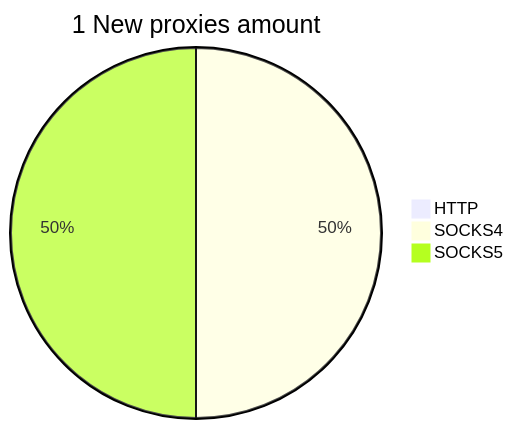
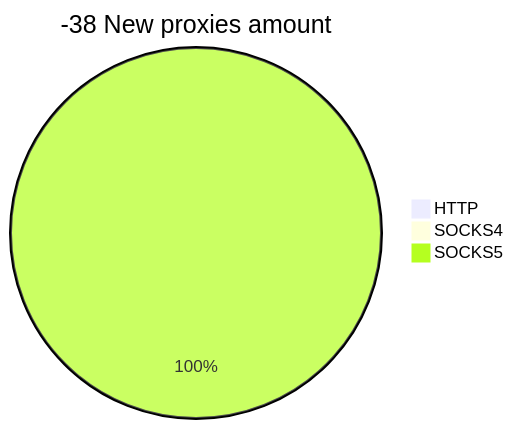
The second of 2 diagrams in README.md (cutipu/proxylist), drawn with Mermaid before and after one commit. The commit also changed other lines of this file, not shown here.

````diff
--- a/README.md
+++ b/README.md
@@ -10,6 +10,6 @@
 ```mermaid
-pie title 1 New proxies amount
+pie title -38 New proxies amount
     "HTTP" : 0
-    "SOCKS4" : 1
-    "SOCKS5" : 1
+    "SOCKS4" : 0
+    "SOCKS5" : 92
 ```
````
